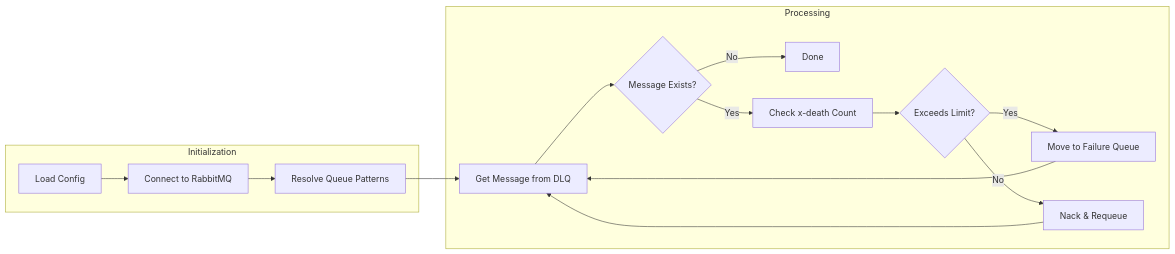
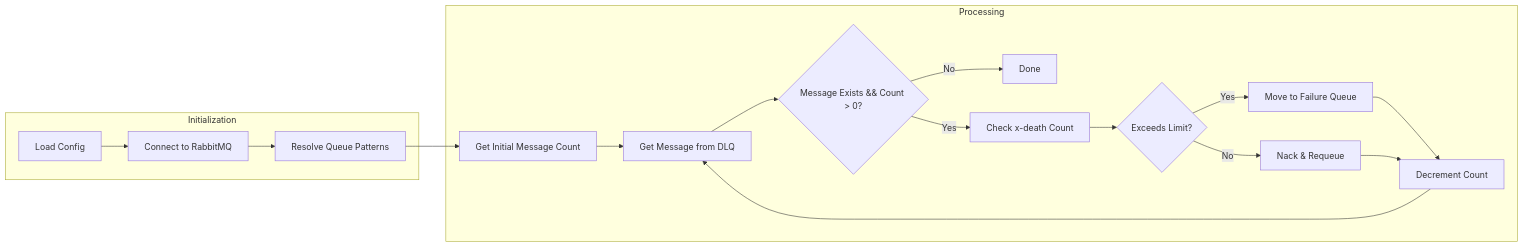
Before and after one commit to Re4zOon/rmq-retry-checker: the second of 4 diagrams in docs/architecture.md, drawn with Mermaid. The commit also changed other lines of this file and 1 other file, not shown here.

Commit message:
Fix infinite requeue loop in process_dlq function
When messages within retry limit were requeued to the same DLQ,
the while True loop would read them again, causing an infinite loop.
With 10 messages, this could result in 210+ processed messages.

Fixed by limiting processing to only the initial message count that
was in the queue when processing started.

````diff
--- a/docs/architecture.md
+++ b/docs/architecture.md
@@ -25,20 +25,22 @@
 ```mermaid
 flowchart LR
     subgraph Initialization
         A1[Load Config] --> A2[Connect to RabbitMQ]
         A2 --> A3[Resolve Queue Patterns]
     end
     
     subgraph Processing
-        B1[Get Message from DLQ] --> B2{Message Exists?}
+        B0[Get Initial Message Count] --> B1[Get Message from DLQ]
+        B1 --> B2{Message Exists && Count > 0?}
         B2 -->|No| B4[Done]
         B2 -->|Yes| B3[Check x-death Count]
         B3 --> B5{Exceeds Limit?}
         B5 -->|Yes| B6[Move to Failure Queue]
         B5 -->|No| B7[Nack & Requeue]
-        B6 --> B1
-        B7 --> B1
+        B6 --> B8[Decrement Count]
+        B7 --> B8
+        B8 --> B1
     end
     
-    A3 --> B1
+    A3 --> B0
 ```
````
